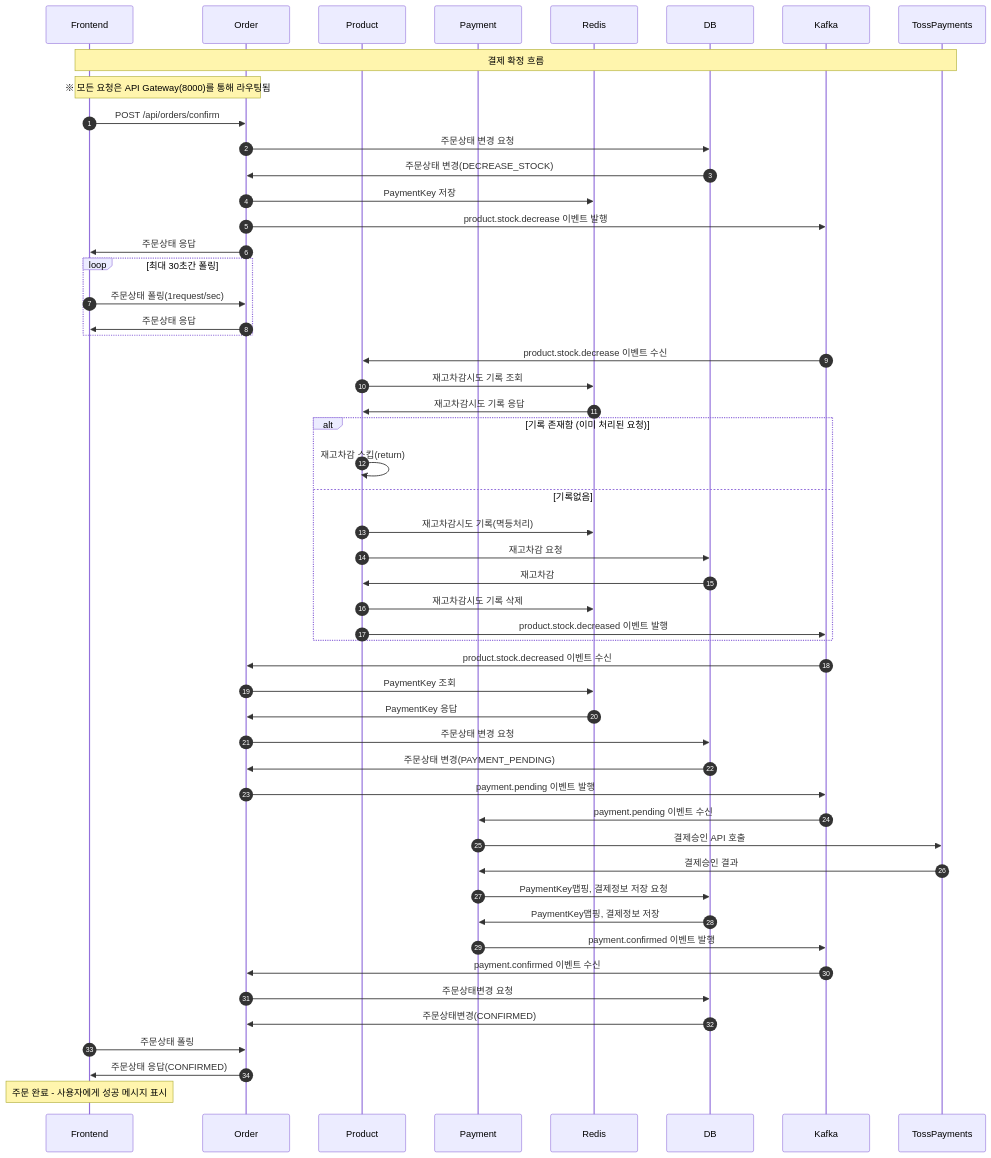
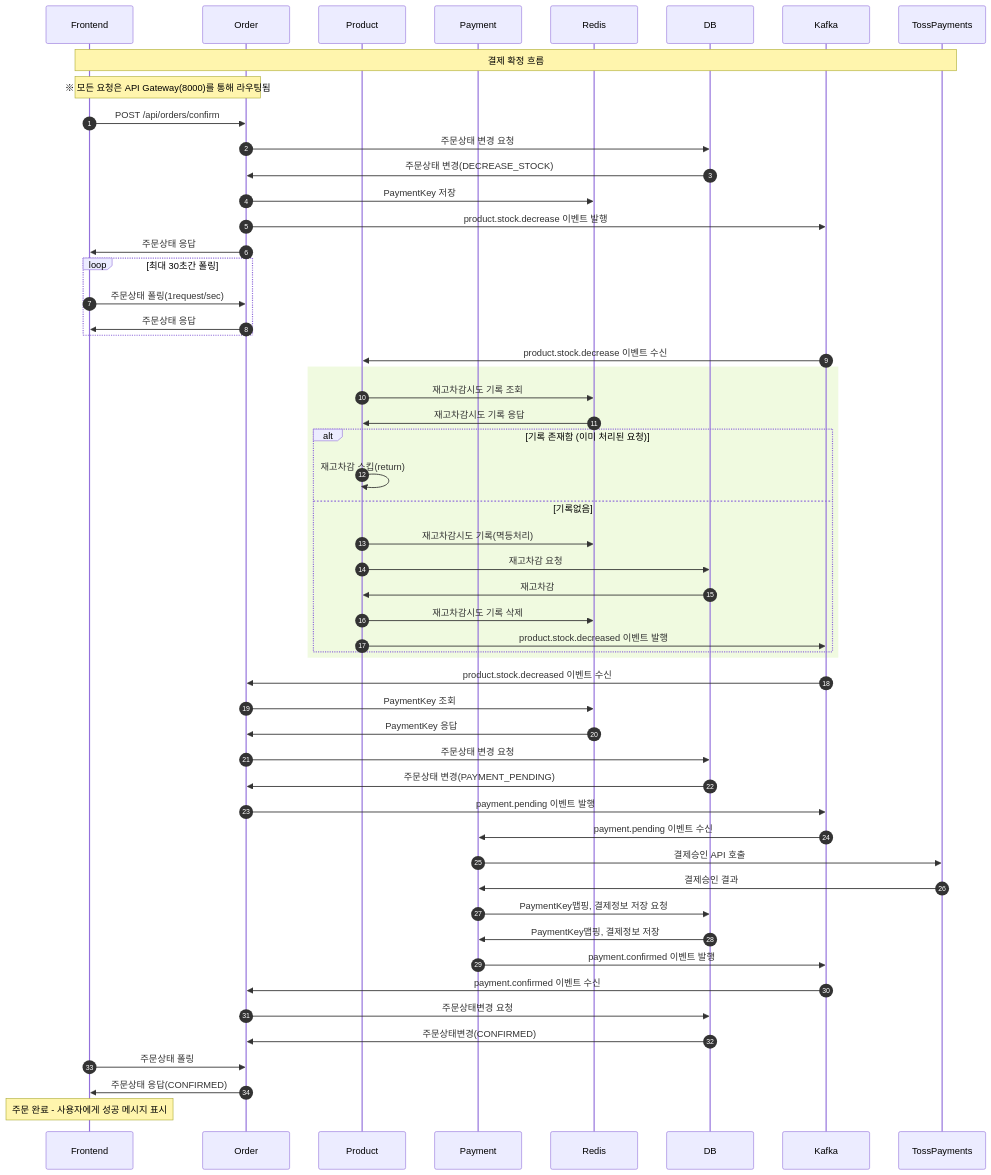
One commit to hana0627/i-love-pet changed the third of 5 diagrams in readMe.md. Above: the diagram before and after it, drawn with Mermaid. The commit also changed other lines of this file, not shown here.

````diff
--- a/readMe.md
+++ b/readMe.md
@@ -300,66 +300,68 @@
 ```mermaid
 sequenceDiagram autonumber
     participant Frontend
     participant Order
     participant Product
     participant Payment
     participant Redis
     participant DB
     participant Kafka
     participant TossPayments
     
     Note over Frontend,TossPayments: 결제 확정 흐름
     Note over Frontend,Order: ※ 모든 요청은 API Gateway(8000)를 통해 라우팅됨
 
     Frontend->>Order: POST /api/orders/confirm
     Order->>DB: 주문상태 변경 요청
     DB->>Order: 주문상태 변경(DECREASE_STOCK)
     Order->>Redis: PaymentKey 저장
     Order->>Kafka: product.stock.decrease 이벤트 발행
     Order->>Frontend: 주문상태 응답
 
 
     loop 최대 30초간 폴링
         Frontend->>Order: 주문상태 폴링(1request/sec)
         Order->>Frontend: 주문상태 응답
     end
 
 
     Kafka->>Product: product.stock.decrease 이벤트 수신
     
-    Product->>Redis: 재고차감시도 기록 조회
-    Redis->>Product: 재고차감시도 기록 응답
-    alt 기록 존재함 (이미 처리된 요청)
-        Product->>Product: 재고차감 스킵(return)
-    else 기록없음
-      Product->>Redis: 재고차감시도 기록(멱등처리)
-      Product->>DB: 재고차감 요청
-      DB->>Product: 재고차감
-      Product->>Redis: 재고차감시도 기록 삭제
-      Product->>Kafka: product.stock.decreased 이벤트 발행
+    rect rgba(205, 237, 151, 0.3)
+        Product->>Redis: 재고차감시도 기록 조회
+        Redis->>Product: 재고차감시도 기록 응답
+        alt 기록 존재함 (이미 처리된 요청)
+            Product->>Product: 재고차감 스킵(return)
+        else 기록없음
+          Product->>Redis: 재고차감시도 기록(멱등처리)
+          Product->>DB: 재고차감 요청
+          DB->>Product: 재고차감
+          Product->>Redis: 재고차감시도 기록 삭제
+          Product->>Kafka: product.stock.decreased 이벤트 발행
+        end
     end
 
     Kafka->>Order: product.stock.decreased 이벤트 수신
     Order->>Redis: PaymentKey 조회
     Redis->>Order: PaymentKey 응답
     Order->>DB: 주문상태 변경 요청
     DB->>Order: 주문상태 변경(PAYMENT_PENDING)
     Order->>Kafka: payment.pending 이벤트 발행
 
     Kafka->>Payment: payment.pending 이벤트 수신
     Payment->>TossPayments: 결제승인 API 호출
     TossPayments->>Payment: 결제승인 결과
     Payment->>DB: PaymentKey맵핑, 결제정보 저장 요청
     DB->>Payment: PaymentKey맵핑, 결제정보 저장
     Payment->>Kafka: payment.confirmed 이벤트 발행
 
     Kafka->>Order: payment.confirmed 이벤트 수신
     Order->>DB: 주문상태변경 요청
     DB->>Order: 주문상태변경(CONFIRMED)
 
     Frontend->>Order: 주문상태 폴링
     Order->>Frontend: 주문상태 응답(CONFIRMED)
     
     Note over Frontend: 주문 완료 - 사용자에게 성공 메시지 표시
 
 ```
````
